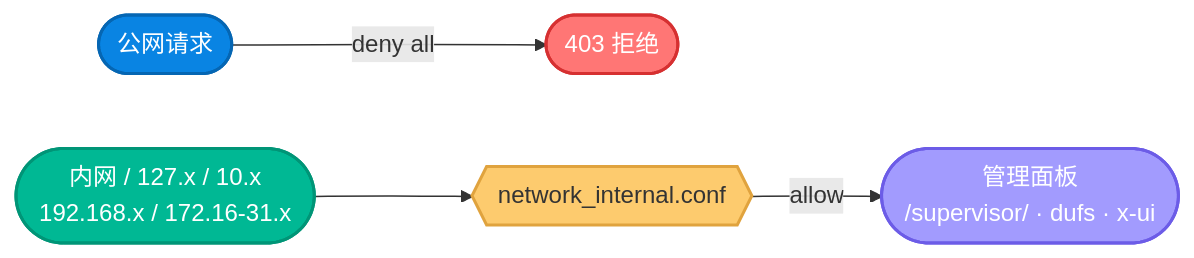
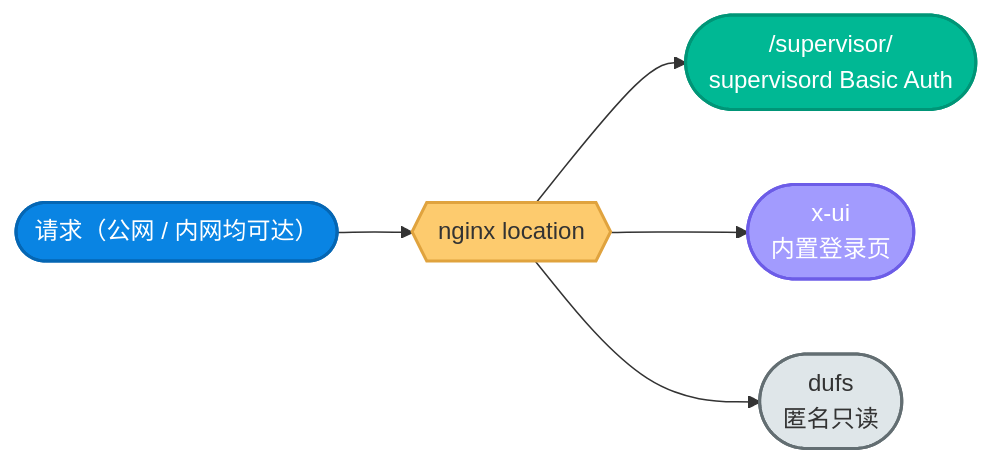
One commit to currycan/sb-xray changed diagram 14 of 19 in docs/02-protocols-and-security.md. Above: the diagram before and after it, drawn with Mermaid. The commit also changed other lines of this file and 3 other files, not shown here.

First line of the commit message:
revert(nginx): 管理面板移除内网 ACL,改各服务自带认证把守(公网可达)

````diff
--- a/docs/02-protocols-and-security.md
+++ b/docs/02-protocols-and-security.md
@@ -600,16 +597,17 @@
 ```mermaid
 flowchart LR
-    PublicReq(["公网请求"]) -->|deny all| Blocked(["403 拒绝"])
-    InternalReq(["内网 / 127.x / 10.x<br/>192.168.x / 172.16-31.x"]) --> ACL{{"network_internal.conf"}}
-    ACL -->|allow| AdminPanel(["管理面板\n/supervisor/ · dufs · x-ui"])
-    class PublicReq entry
-    class Blocked block
-    class InternalReq process
-    class ACL gateway
-    class AdminPanel xray
-    classDef entry   fill:#0984e3,stroke:#0566b3,stroke-width:2px,color:#fff
-    classDef block   fill:#ff7675,stroke:#d63031,stroke-width:2px,color:#fff
-    classDef process fill:#00b894,stroke:#009577,stroke-width:2px,color:#fff
-    classDef gateway fill:#fdcb6e,stroke:#e0a33e,stroke-width:2px,color:#333
-    classDef xray    fill:#a29bfe,stroke:#6c5ce7,stroke-width:2px,color:#fff
+    Req(["请求（公网 / 内网均可达）"]) --> P{{"nginx location"}}
+    P --> Sup(["/supervisor/<br/>supervisord Basic Auth"])
+    P --> Xui(["x-ui<br/>内置登录页"])
+    P --> Dufs(["dufs<br/>匿名只读"])
+    class Req entry
+    class P gateway
+    class Sup process
+    class Xui xray
+    class Dufs external
+    classDef entry    fill:#0984e3,stroke:#0566b3,stroke-width:2px,color:#fff
+    classDef gateway  fill:#fdcb6e,stroke:#e0a33e,stroke-width:2px,color:#333
+    classDef process  fill:#00b894,stroke:#009577,stroke-width:2px,color:#fff
+    classDef xray     fill:#a29bfe,stroke:#6c5ce7,stroke-width:2px,color:#fff
+    classDef external fill:#dfe6e9,stroke:#636e72,stroke-width:2px,color:#333
 ```
````
